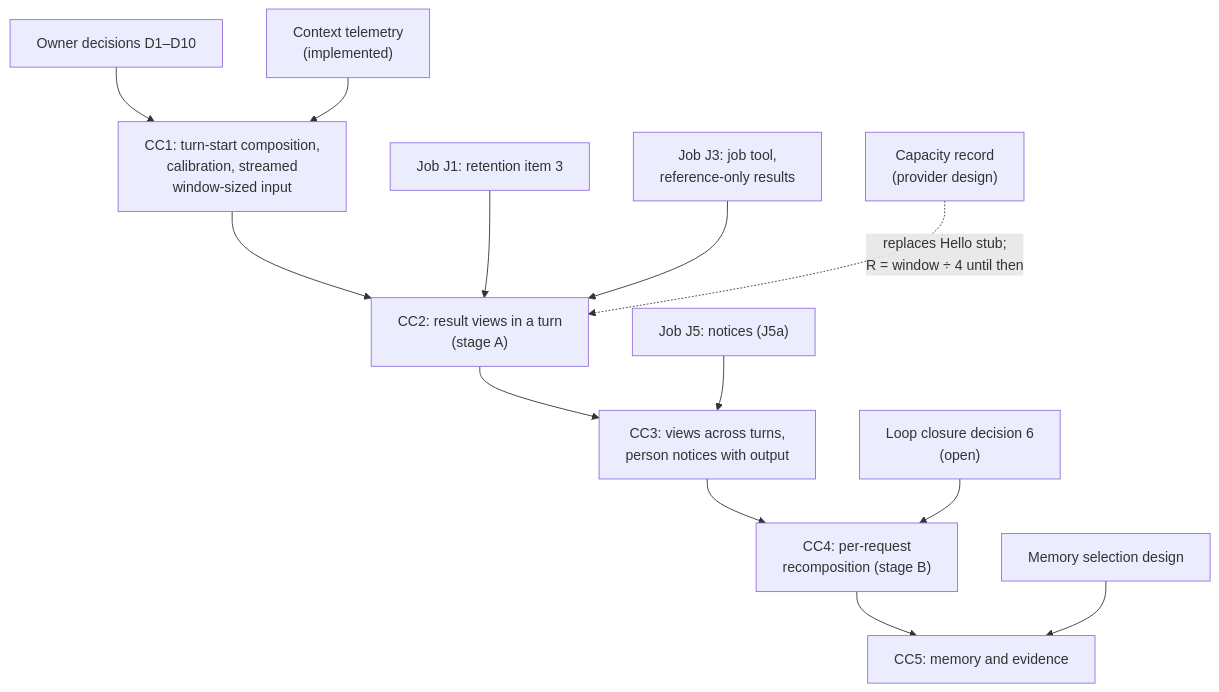
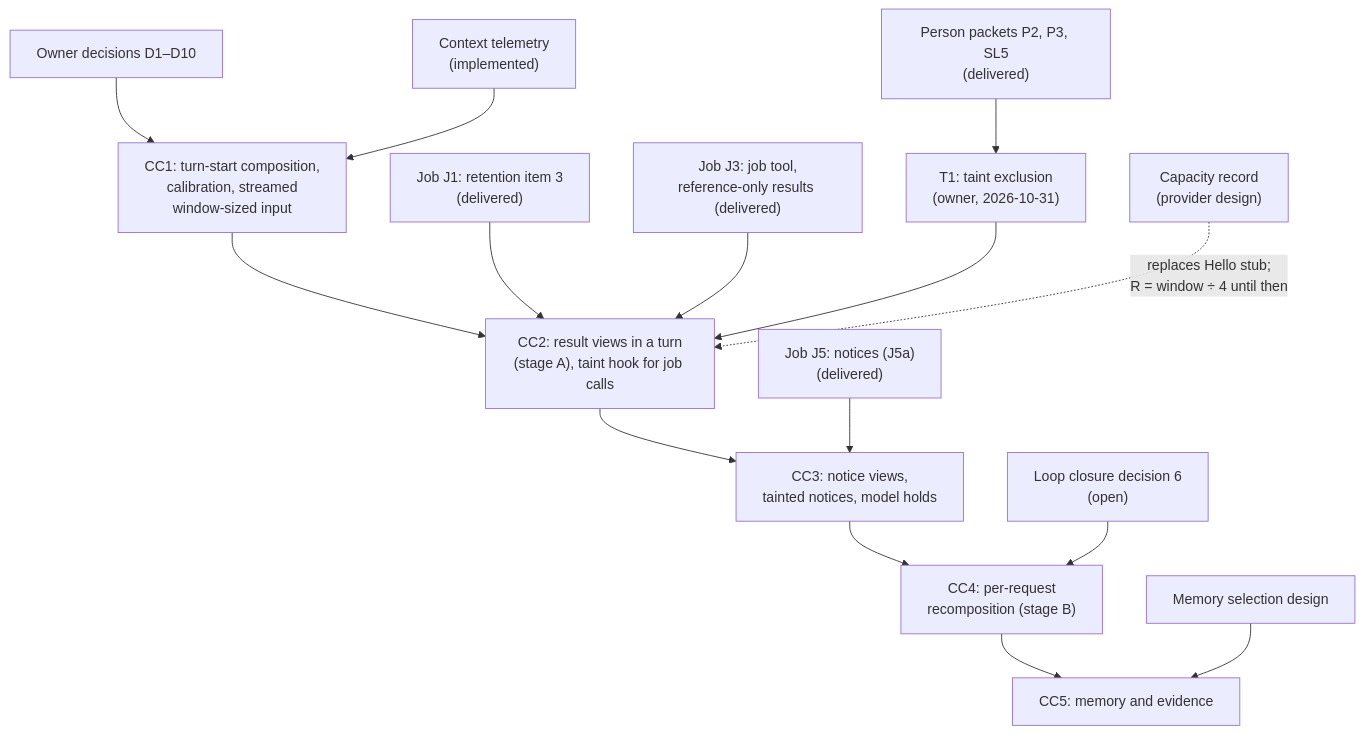
The ninth of 9 diagrams in docs/designs/context-composer.md (pidster/asura), drawn with Mermaid before and after one commit. The commit also changed other lines of this file and 5 other files, not shown here.

First line of the commit message:
Design context composer slices CC2 and CC3 with the taint exclusion hook

````diff
--- a/docs/designs/context-composer.md
+++ b/docs/designs/context-composer.md
@@ -940,15 +1407,17 @@
 ```mermaid
 flowchart TD
     Dec["Owner decisions D1–D10"] --> CC1["CC1: turn-start composition,<br/>calibration, streamed<br/>window-sized input"]
     Tel["Context telemetry<br/>(implemented)"] --> CC1
-    CC1 --> CC2["CC2: result views in a turn<br/>(stage A)"]
-    J1["Job J1: retention item 3"] --> CC2
-    J3["Job J3: job tool,<br/>reference-only results"] --> CC2
-    CC2 --> CC3["CC3: views across turns,<br/>person notices with output"]
-    J5["Job J5: notices (J5a)"] --> CC3
+    CC1 --> CC2["CC2: result views in a turn<br/>(stage A), taint hook for job calls"]
+    J1["Job J1: retention item 3<br/>(delivered)"] --> CC2
+    J3["Job J3: job tool,<br/>reference-only results (delivered)"] --> CC2
+    T1["T1: taint exclusion<br/>(owner, 2026-10-31)"] --> CC2
+    Person["Person packets P2, P3, SL5<br/>(delivered)"] --> T1
+    CC2 --> CC3["CC3: notice views,<br/>tainted notices, model holds"]
+    J5["Job J5: notices (J5a)<br/>(delivered)"] --> CC3
     CC3 --> CC4["CC4: per-request<br/>recomposition (stage B)"]
     LC6["Loop closure decision 6<br/>(open)"] --> CC4
     CC4 --> CC5["CC5: memory and evidence"]
     Sel["Memory selection design"] --> CC5
     CapRec["Capacity record<br/>(provider design)"] -.->|"replaces Hello stub;<br/>R = window ÷ 4 until then"| CC2
 ```
````
